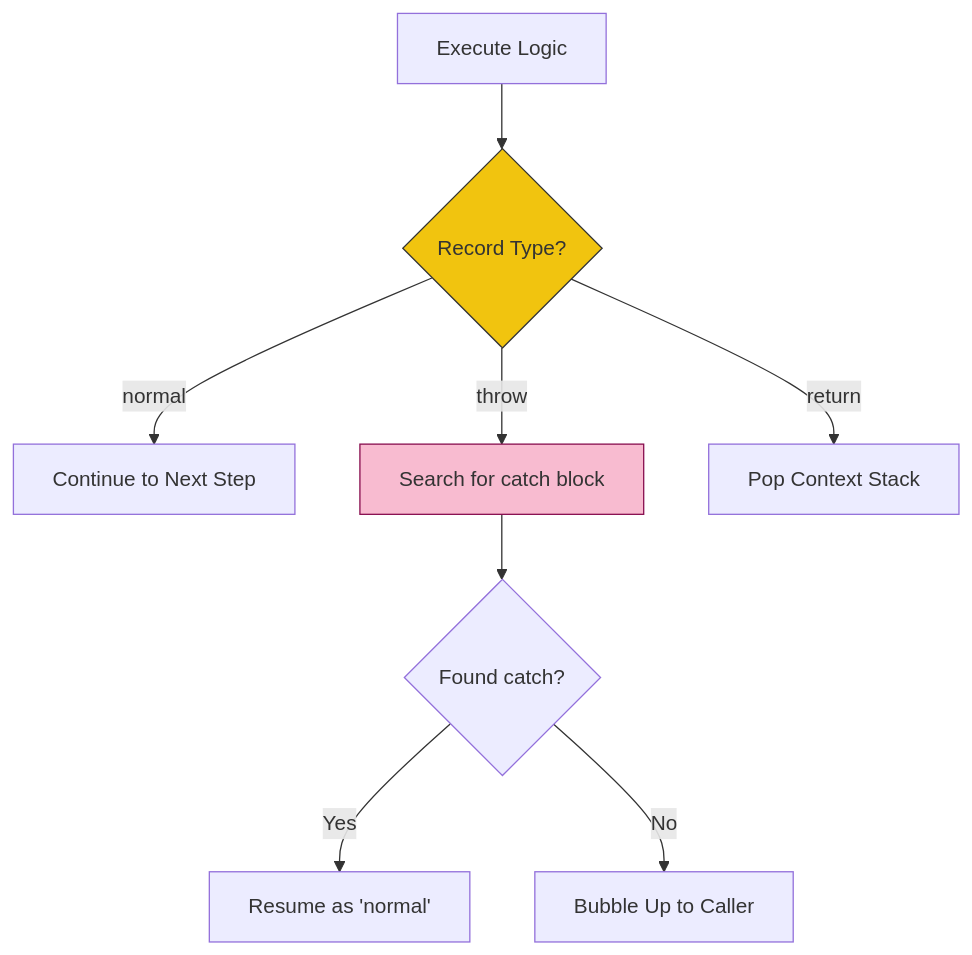
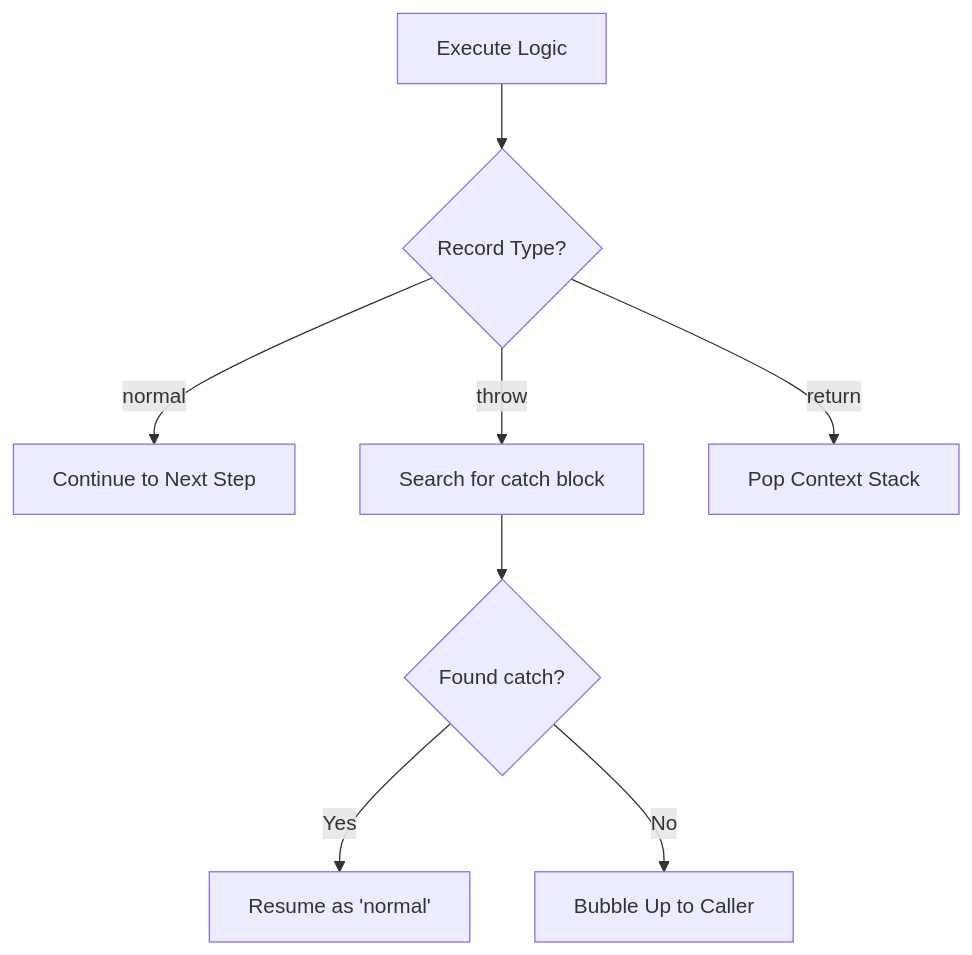
The diagram in RAK-04-core-specification/SR-02-data-types-and-values/BK-03_SpecificationDataTypes/CH-02_CompletionRecordsFlow/README.md (syahputrawork98-sketch/JavaScript-Learning-Hub), drawn with Mermaid before and after one commit. The commit also changed other lines of this file and 32 other files, not shown here.

````diff
--- a/RAK-04-core-specification/SR-02-data-types-and-values/BK-03_SpecificationDataTypes/CH-02_CompletionRecordsFlow/README.md
+++ b/RAK-04-core-specification/SR-02-data-types-and-values/BK-03_SpecificationDataTypes/CH-02_CompletionRecordsFlow/README.md
@@ -19,14 +19,11 @@
 ```mermaid
 graph TD
     Step[Execute Logic] --> Res{Record Type?}
     Res -->|normal| Next[Continue to Next Step]
     Res -->|throw| Abrupt[Search for catch block]
     Res -->|return| Pop[Pop Context Stack]
     
     Abrupt --> Found{Found catch?}
     Found -->|Yes| Resume[Resume as 'normal']
     Found -->|No| Propagate[Bubble Up to Caller]
-    
-    style Res fill:#f1c40f,stroke:#333
-    style Abrupt fill:#f8bbd0,stroke:#880e4f
 ```
````
